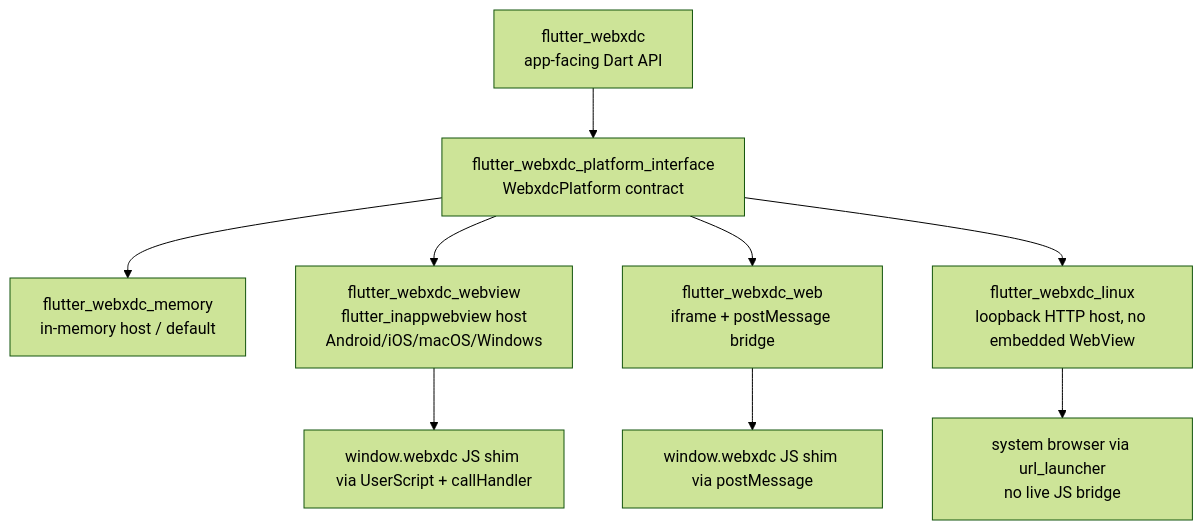
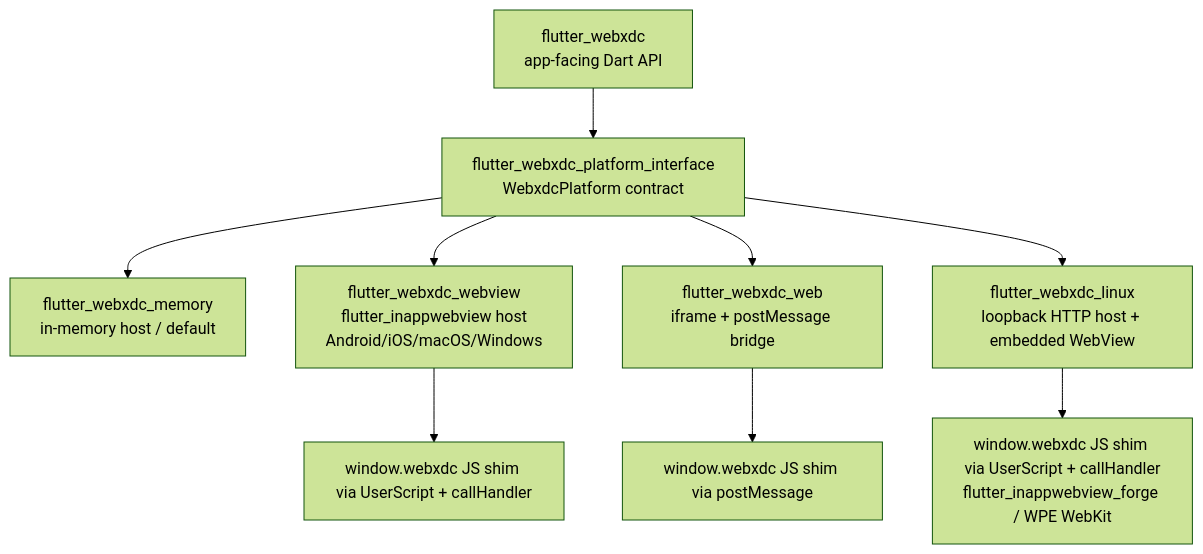
One commit to dwd/flutter_webxdc changed the diagram in doc/design.md. Above: the diagram before and after it, drawn with Mermaid (forest theme). The commit also changed other lines of this file and 9 other files, not shown here.

````diff
--- a/doc/design.md
+++ b/doc/design.md
@@ -43,11 +43,11 @@
 ```mermaid
 graph TD
   App[flutter_webxdc<br/>app-facing Dart API] --> Interface[flutter_webxdc_platform_interface<br/>WebxdcPlatform contract]
   Interface --> Memory[flutter_webxdc_memory<br/>in-memory host / default]
   Interface --> Webview[flutter_webxdc_webview<br/>flutter_inappwebview host<br/>Android/iOS/macOS/Windows]
   Interface --> Web[flutter_webxdc_web<br/>iframe + postMessage bridge]
-  Interface --> Linux[flutter_webxdc_linux<br/>loopback HTTP host, no embedded WebView]
+  Interface --> Linux[flutter_webxdc_linux<br/>loopback HTTP host + embedded WebView]
   Webview --> JSBridge1[window.webxdc JS shim via UserScript + callHandler]
   Web --> JSBridge2[window.webxdc JS shim via postMessage]
-  Linux --> Browser[system browser via url_launcher<br/>no live JS bridge]
+  Linux --> JSBridge3[window.webxdc JS shim via UserScript + callHandler<br/>flutter_inappwebview_forge / WPE WebKit]
 ```
````
